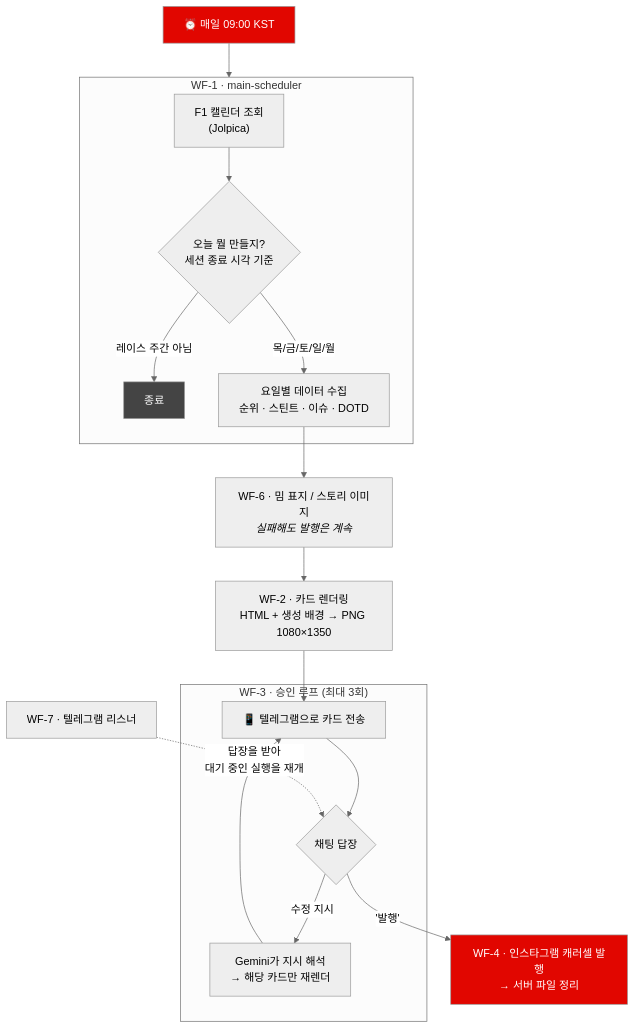
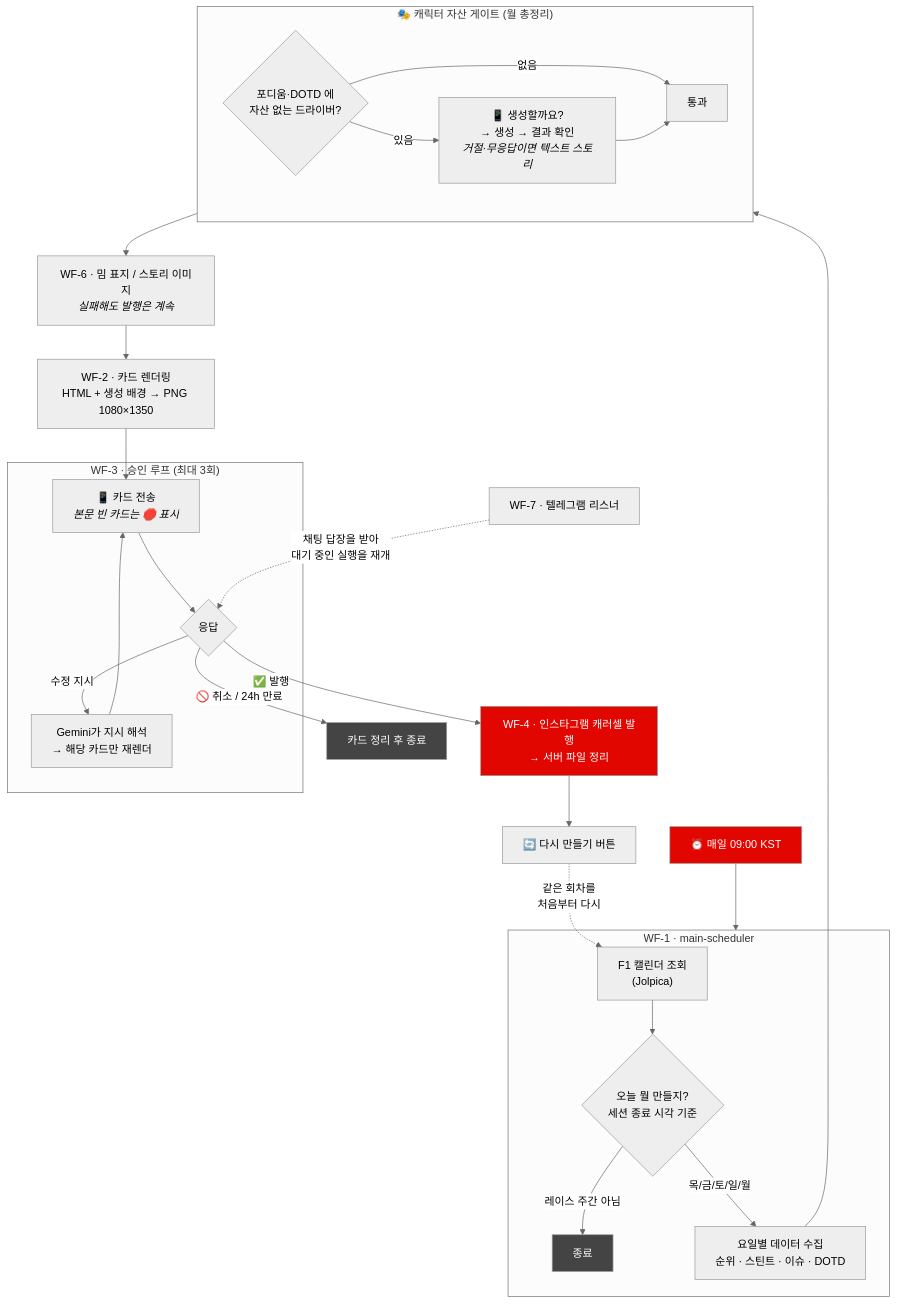
The diagram in README.md (anotheranotherhoon/f1-cardnews-automation), drawn with Mermaid (neutral theme) before and after one commit. The commit also changed other lines of this file, not shown here.

````diff
--- a/README.md
+++ b/README.md
@@ -19,28 +19,40 @@
 ```mermaid
 flowchart TD
     T["⏰ 매일 09:00 KST"] --> W1
 
     subgraph W1 ["WF-1 · main-scheduler"]
         C["F1 캘린더 조회<br/>(Jolpica)"] --> D{"오늘 뭘 만들지?<br/>세션 종료 시각 기준"}
         D -->|레이스 주간 아님| X["종료"]
         D -->|목/금/토/일/월| DATA["요일별 데이터 수집<br/>순위 · 스틴트 · 이슈 · DOTD"]
     end
 
-    DATA --> W6
+    DATA --> GATE
+
+    subgraph GATE ["🎭 캐릭터 자산 게이트 (월 총정리)"]
+        G1{"포디움·DOTD 에<br/>자산 없는 드라이버?"} -->|없음| G3["통과"]
+        G1 -->|있음| G2["📱 생성할까요?<br/>→ 생성 → 결과 확인<br/><i>거절·무응답이면 텍스트 스토리</i>"]
+        G2 --> G3
+    end
+
+    GATE --> W6
     W6["WF-6 · 밈 표지 / 스토리 이미지<br/><i>실패해도 발행은 계속</i>"] --> W2
     W2["WF-2 · 카드 렌더링<br/>HTML + 생성 배경 → PNG 1080×1350"] --> W3
 
     subgraph LOOP ["WF-3 · 승인 루프 (최대 3회)"]
-        W3["📱 텔레그램으로 카드 전송"] --> Q{"채팅 답장"}
+        W3["📱 카드 전송<br/><i>본문 빈 카드는 🛑 표시</i>"] --> Q{"응답"}
         Q -->|"수정 지시"| FIX["Gemini가 지시 해석<br/>→ 해당 카드만 재렌더"]
         FIX --> W3
     end
 
-    Q -->|"'발행'"| W4["WF-4 · 인스타그램 캐러셀 발행<br/>→ 서버 파일 정리"]
+    Q -->|"🚫 취소 / 24h 만료"| CAN["카드 정리 후 종료"]
+    Q -->|"✅ 발행"| W4["WF-4 · 인스타그램 캐러셀 발행<br/>→ 서버 파일 정리"]
+    W4 --> RE["🔄 다시 만들기 버튼"]
+    RE -.->|"같은 회차를<br/>처음부터 다시"| C
 
-    W7["WF-7 · 텔레그램 리스너"] -.->|"답장을 받아<br/>대기 중인 실행을 재개"| Q
+    W7["WF-7 · 텔레그램 리스너"] -.->|"채팅 답장을 받아<br/>대기 중인 실행을 재개"| Q
 
     style T fill:#e10600,color:#fff
     style W4 fill:#e10600,color:#fff
     style X fill:#444,color:#fff
+    style CAN fill:#444,color:#fff
 ```
````
